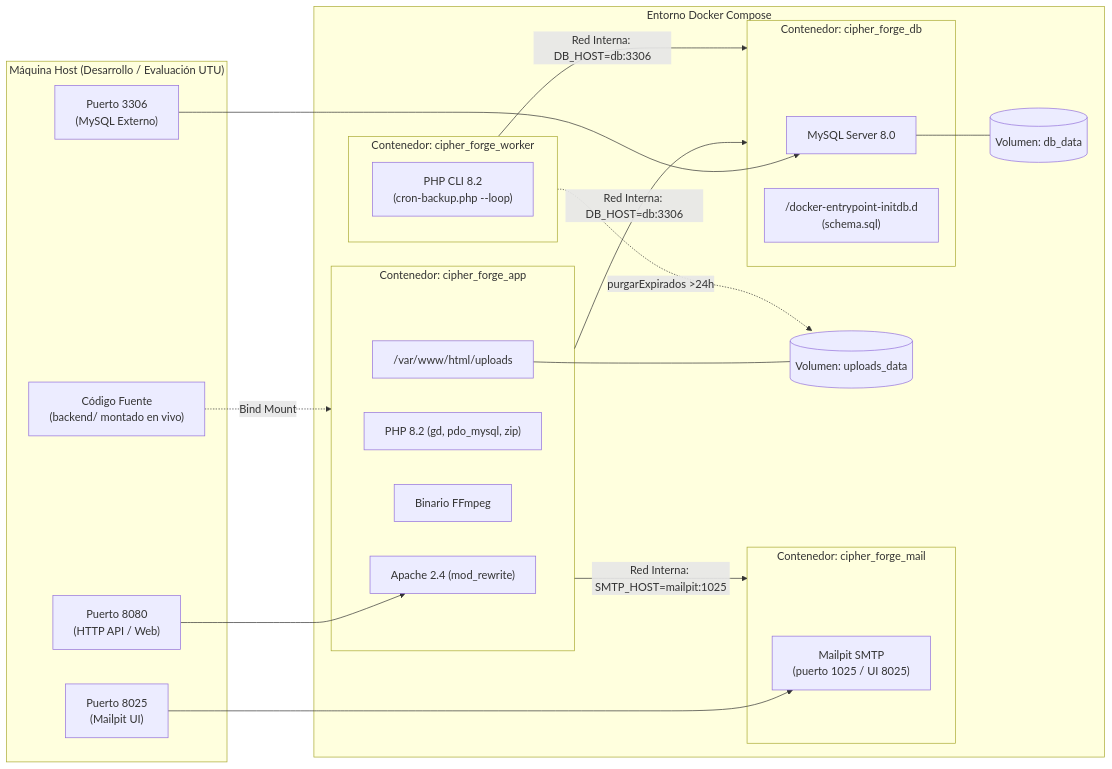
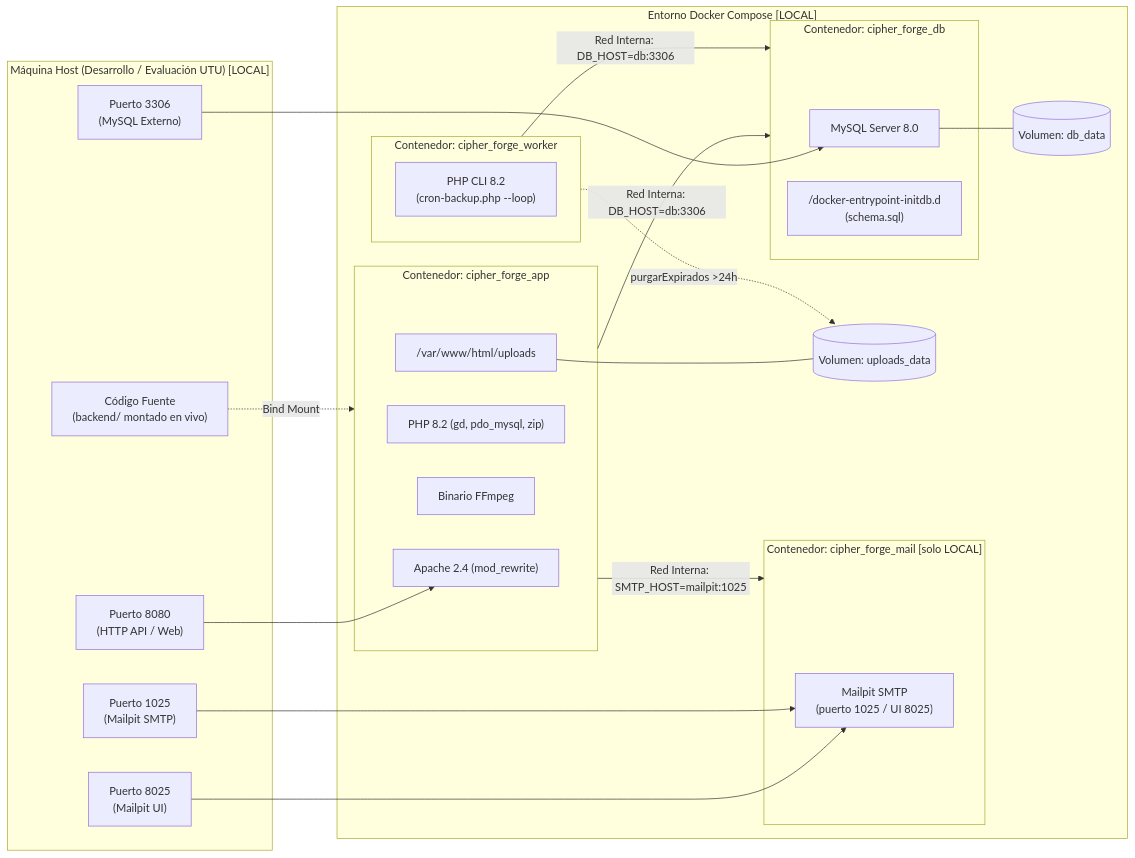
The diagram in Gestion-fotografias/docs/infraestructura.md (AugustoFernandez6276/Cihper-Forge), drawn with Mermaid before and after one commit. The commit also changed other lines of this file and 2 other files, not shown here.

````diff
--- a/Gestion-fotografias/docs/infraestructura.md
+++ b/Gestion-fotografias/docs/infraestructura.md
@@ -13,45 +17,47 @@
 ```mermaid
 graph LR
-    subgraph Host ["Máquina Host (Desarrollo / Evaluación UTU)"]
+    subgraph Host ["Máquina Host (Desarrollo / Evaluación UTU) [LOCAL]"]
         P8080["Puerto 8080\n(HTTP API / Web)"]
         P3306["Puerto 3306\n(MySQL Externo)"]
         P8025["Puerto 8025\n(Mailpit UI)"]
+        P1025["Puerto 1025\n(Mailpit SMTP)"]
         CODE["Código Fuente\n(backend/ montado en vivo)"]
     end
 
-    subgraph Docker ["Entorno Docker Compose"]
+    subgraph Docker ["Entorno Docker Compose [LOCAL]"]
         subgraph AppContainer ["Contenedor: cipher_forge_app"]
             APACHE["Apache 2.4 (mod_rewrite)"]
             PHP["PHP 8.2 (gd, pdo_mysql, zip)"]
             FFMPEG["Binario FFmpeg"]
             UPLOADS_DIR["/var/www/html/uploads"]
         end
 
         subgraph WorkerContainer ["Contenedor: cipher_forge_worker"]
             WORKER["PHP CLI 8.2\n(cron-backup.php --loop)"]
         end
 
-        subgraph MailpitContainer ["Contenedor: cipher_forge_mail"]
+        subgraph MailpitContainer ["Contenedor: cipher_forge_mail [solo LOCAL]"]
             MAILPIT["Mailpit SMTP\n(puerto 1025 / UI 8025)"]
         end
 
         subgraph DBContainer ["Contenedor: cipher_forge_db"]
             MYSQL["MySQL Server 8.0"]
             INIT["/docker-entrypoint-initdb.d\n(schema.sql)"]
         end
 
         V_UPLOADS[("Volumen: uploads_data")]
         V_DB[("Volumen: db_data")]
     end
 
     P8080 --> APACHE
     P3306 --> MYSQL
     P8025 --> MAILPIT
+    P1025 --> MAILPIT
     CODE -.->|Bind Mount| AppContainer
     AppContainer -->|Red Interna: DB_HOST=db:3306| DBContainer
     AppContainer -->|Red Interna: SMTP_HOST=mailpit:1025| MailpitContainer
     WorkerContainer -->|Red Interna: DB_HOST=db:3306| DBContainer
     WorkerContainer -.->|purgarExpirados >24h| V_UPLOADS
     UPLOADS_DIR --- V_UPLOADS
     MYSQL --- V_DB
 ```
````
